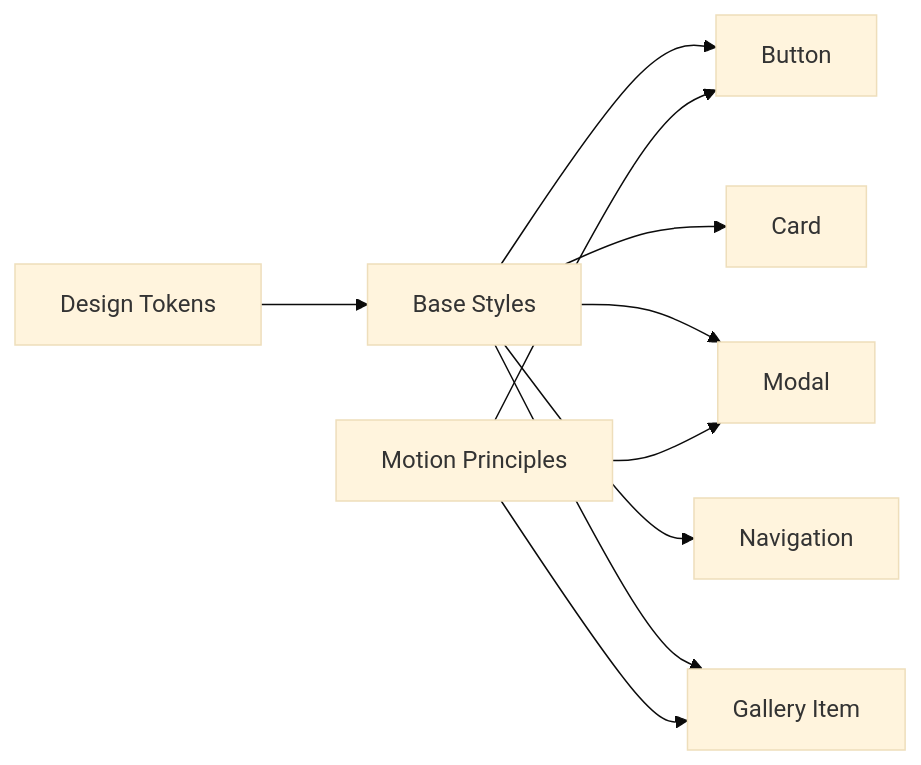
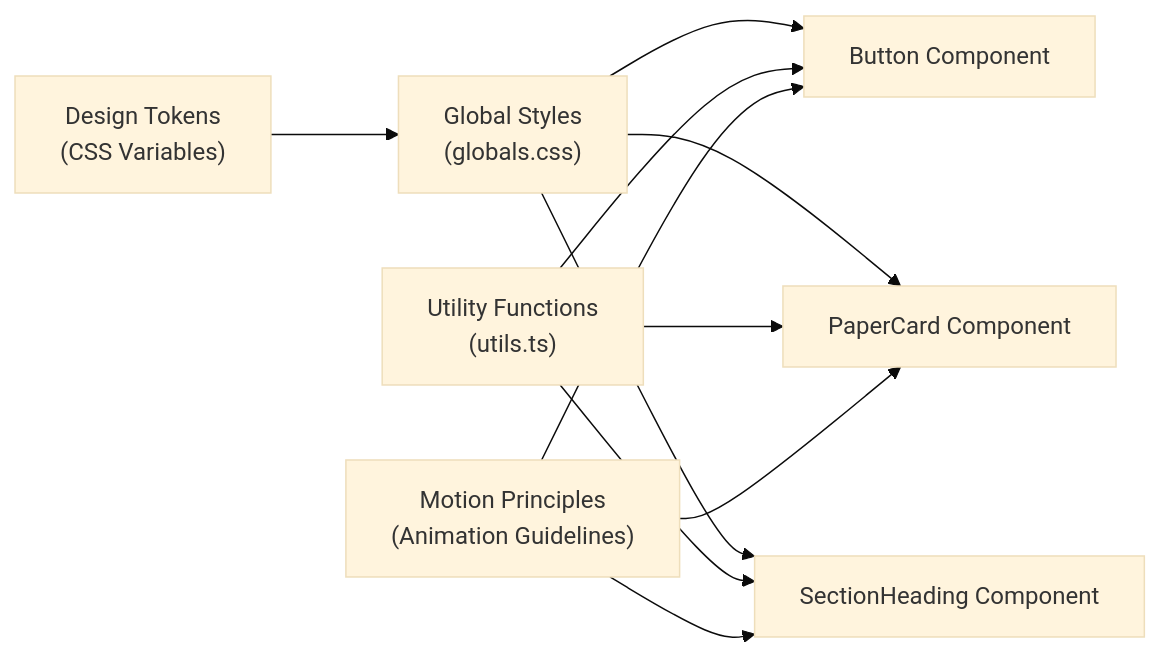
The fifth of 5 diagrams in .qoder/repowiki/en/content/Design System Reference/UI Component Guidelines.md (quangkiet1/anh-xin-loi), drawn with Mermaid (base theme) before and after one commit. The commit also changed other lines of this file and 13 other files, not shown here.

````diff
--- a/.qoder/repowiki/en/content/Design System Reference/UI Component Guidelines.md
+++ b/.qoder/repowiki/en/content/Design System Reference/UI Component Guidelines.md
@@ -294,12 +396,13 @@
 ```mermaid
 graph LR
-Tokens["Design Tokens"] --> BaseStyles["Base Styles"]
-BaseStyles --> ButtonComp["Button"]
-BaseStyles --> CardComp["Card"]
-BaseStyles --> ModalComp["Modal"]
-BaseStyles --> NavComp["Navigation"]
-BaseStyles --> GalleryComp["Gallery Item"]
-Motion["Motion Principles"] --> ButtonComp
-Motion --> ModalComp
-Motion --> GalleryComp
+Tokens["Design Tokens<br/>(CSS Variables)"] --> GlobalStyles["Global Styles<br/>(globals.css)"]
+GlobalStyles --> ButtonComp["Button Component"]
+GlobalStyles --> PaperCardComp["PaperCard Component"]
+GlobalStyles --> SectionHeadingComp["SectionHeading Component"]
+Utils["Utility Functions<br/>(utils.ts)"] --> ButtonComp
+Utils --> PaperCardComp
+Utils --> SectionHeadingComp
+Motion["Motion Principles<br/>(Animation Guidelines)"] --> ButtonComp
+Motion --> PaperCardComp
+Motion --> SectionHeadingComp
 ```
````
